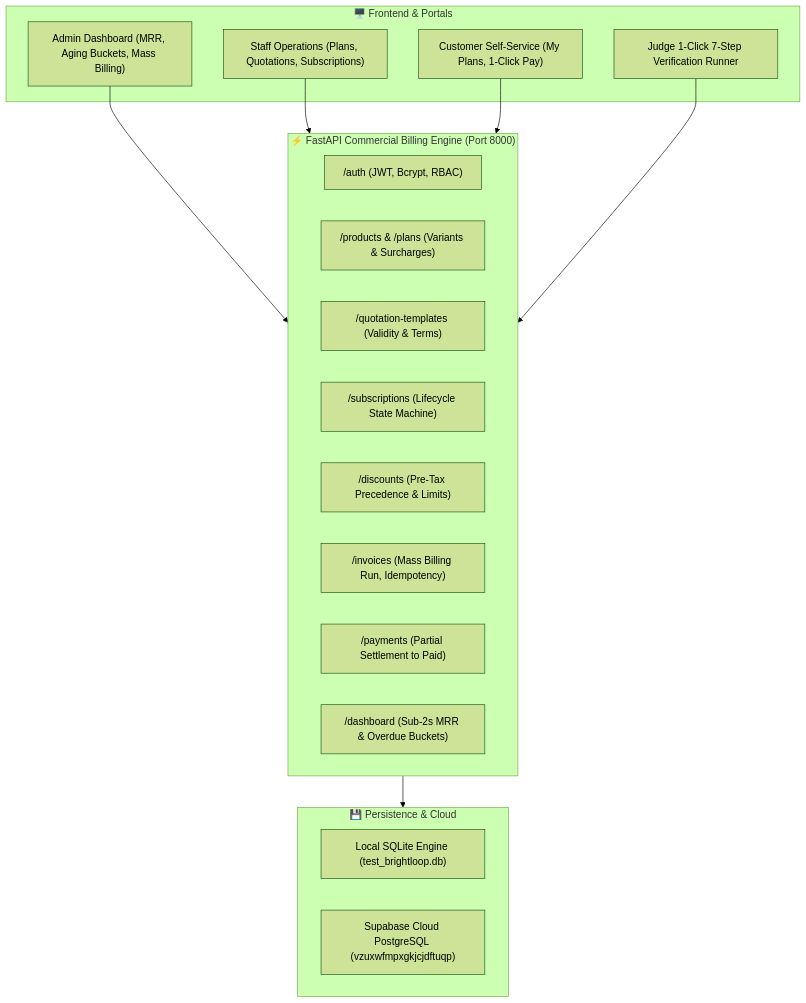
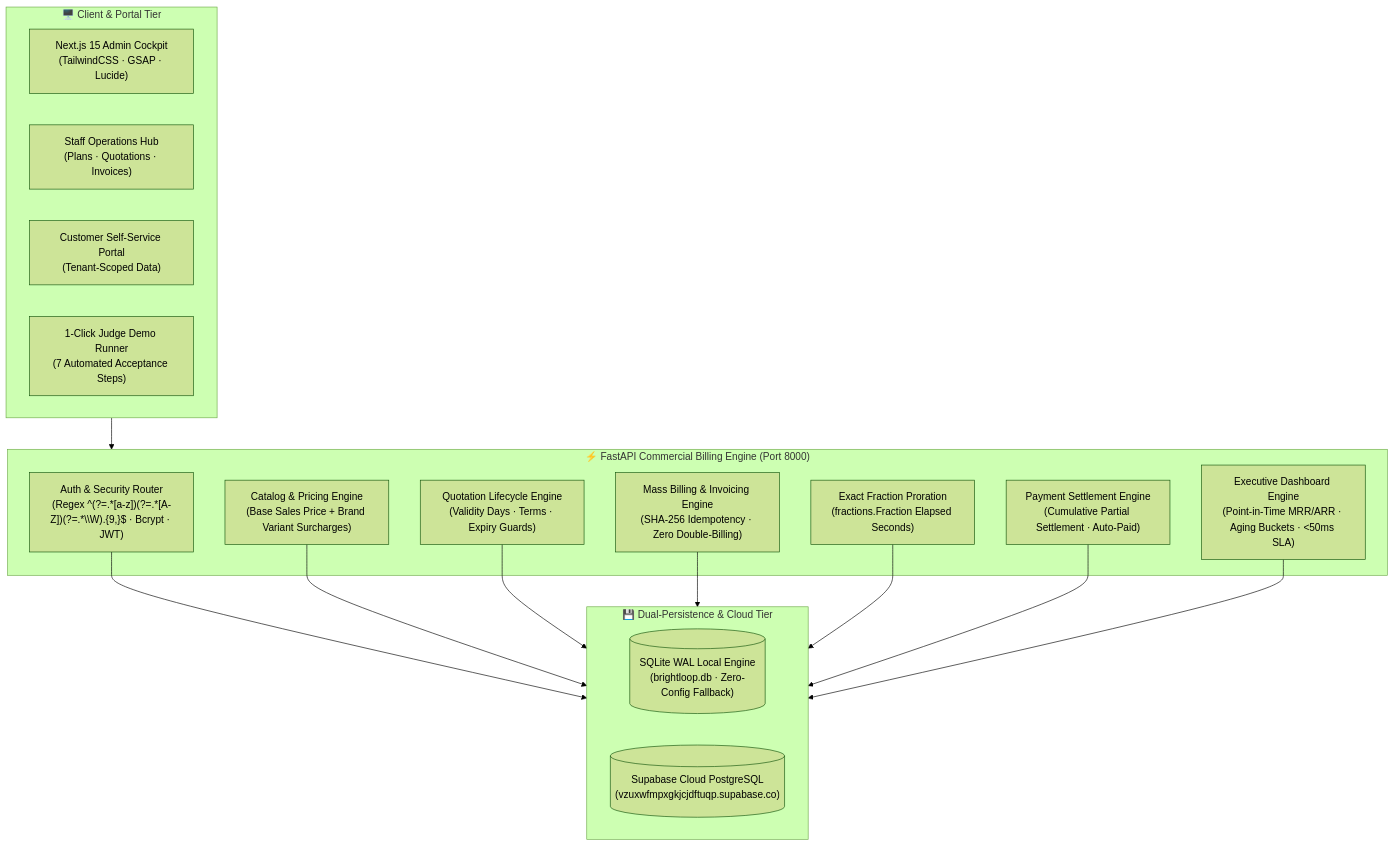
The first of 3 diagrams in README.md (Niss54/Subscription_Management_System), drawn with Mermaid (forest theme) before and after one commit. The commit also changed other lines of this file and 10 other files, not shown here.

Commit message:
docs(readme): upgrade to gold-standard hackathon winner README with terminal proofs, live UI screenshots, and architecture diagrams

````diff
--- a/README.md
+++ b/README.md
@@ -29,31 +116,33 @@
 ```mermaid
 flowchart TD
-    subgraph ClientLayer["🖥️ Frontend & Portals"]
-        AdminPortal["Admin Dashboard (MRR, Aging Buckets, Mass Billing)"]
-        StaffPortal["Staff Operations (Plans, Quotations, Subscriptions)"]
-        CustomerPortal["Customer Self-Service (My Plans, 1-Click Pay)"]
-        JudgeRunner["Judge 1-Click 7-Step Verification Runner"]
+    subgraph ClientLayer["🖥️ Client & Portal Tier"]
+        AdminCockpit["Next.js 15 Admin Cockpit<br/>(TailwindCSS · GSAP · Lucide)"]
+        StaffPortal["Staff Operations Hub<br/>(Plans · Quotations · Invoices)"]
+        CustomerPortal["Customer Self-Service Portal<br/>(Tenant-Scoped Data)"]
+        JudgeRunner["1-Click Judge Demo Runner<br/>(7 Automated Acceptance Steps)"]
     end
 
     subgraph APILayer["⚡ FastAPI Commercial Billing Engine (Port 8000)"]
-        AuthRouter["/auth (JWT, Bcrypt, RBAC)"]
-        ProductRouter["/products & /plans (Variants & Surcharges)"]
-        QuoteRouter["/quotation-templates (Validity & Terms)"]
-        SubRouter["/subscriptions (Lifecycle State Machine)"]
-        DiscountRouter["/discounts (Pre-Tax Precedence & Limits)"]
-        InvoiceRouter["/invoices (Mass Billing Run, Idempotency)"]
-        PaymentRouter["/payments (Partial Settlement to Paid)"]
-        DashRouter["/dashboard (Sub-2s MRR & Overdue Buckets)"]
+        AuthModule["Auth & Security Router<br/>(Regex ^(?=.*[a-z])(?=.*[A-Z])(?=.*\\W).{9,}$ · Bcrypt · JWT)"]
+        CatalogModule["Catalog & Pricing Engine<br/>(Base Sales Price + Brand Variant Surcharges)"]
+        QuoteModule["Quotation Lifecycle Engine<br/>(Validity Days · Terms · Expiry Guards)"]
+        BillingModule["Mass Billing & Invoicing Engine<br/>(SHA-256 Idempotency · Zero Double-Billing)"]
+        ProrationEngine["Exact Fraction Proration<br/>(fractions.Fraction Elapsed Seconds)"]
+        SettlementModule["Payment Settlement Engine<br/>(Cumulative Partial Settlement · Auto-Paid)"]
+        DashboardModule["Executive Dashboard Engine<br/>(Point-in-Time MRR/ARR · Aging Buckets · <50ms SLA)"]
     end
 
-    subgraph DataLayer["💾 Persistence & Cloud"]
-        SQLite["Local SQLite Engine (test_brightloop.db)"]
-        Supabase["Supabase Cloud PostgreSQL (vzuxwfmpxgkjcjdftuqp)"]
+    subgraph DataLayer["💾 Dual-Persistence & Cloud Tier"]
+        SQLiteDB[("SQLite WAL Local Engine<br/>(brightloop.db · Zero-Config Fallback)")]
+        SupabaseDB[("Supabase Cloud PostgreSQL<br/>(vzuxwfmpxgkjcjdftuqp.supabase.co)")]
     end
 
-    AdminPortal --> APILayer
-    StaffPortal --> APILayer
-    CustomerPortal --> APILayer
-    JudgeRunner --> APILayer
-    APILayer --> DataLayer
+    ClientLayer --> APILayer
+    AuthModule --> DataLayer
+    CatalogModule --> DataLayer
+    QuoteModule --> DataLayer
+    BillingModule --> DataLayer
+    ProrationEngine --> DataLayer
+    SettlementModule --> DataLayer
+    DashboardModule --> DataLayer
 ```
````
